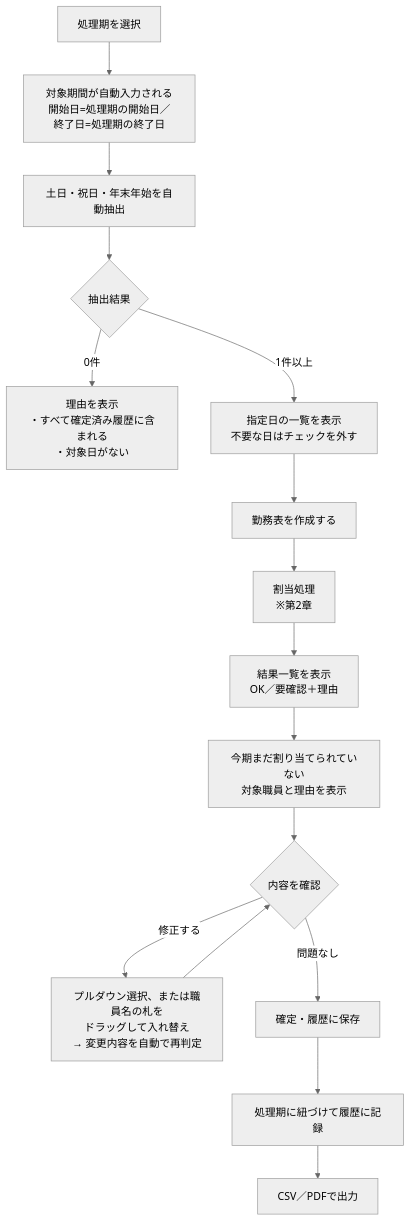
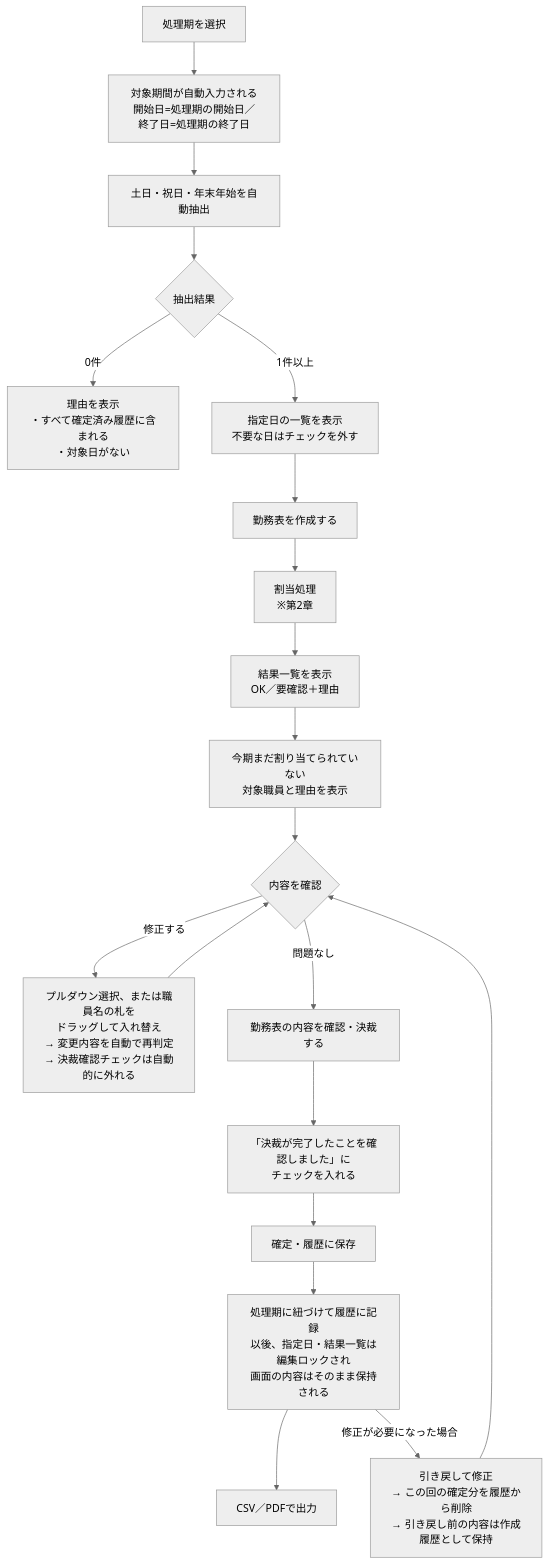
Before and after one commit to Yusei0003/2000: the first of 5 diagrams in docs/勤務表作成フロー.md, drawn with Mermaid (neutral theme). The commit also changed other lines of this file and 7 other files, not shown here.

````diff
--- a/docs/勤務表作成フロー.md
+++ b/docs/勤務表作成フロー.md
@@ -16,18 +16,22 @@
 ```mermaid
 flowchart TD
     A[処理期を選択] --> B[対象期間が自動入力される<br/>開始日=処理期の開始日／終了日=処理期の終了日]
     B --> C[土日・祝日・年末年始を自動抽出]
     C --> D{抽出結果}
     D -->|0件| E[理由を表示<br/>・すべて確定済み履歴に含まれる<br/>・対象日がない]
     D -->|1件以上| F[指定日の一覧を表示<br/>不要な日はチェックを外す]
     F --> G[勤務表を作成する]
     G --> H[割当処理<br/>※第2章]
     H --> I[結果一覧を表示<br/>OK／要確認＋理由]
     I --> J[今期まだ割り当てられていない<br/>対象職員と理由を表示]
     J --> K{内容を確認}
-    K -->|修正する| L[プルダウン選択、または職員名の札を<br/>ドラッグして入れ替え<br/>→ 変更内容を自動で再判定]
+    K -->|修正する| L[プルダウン選択、または職員名の札を<br/>ドラッグして入れ替え<br/>→ 変更内容を自動で再判定<br/>→ 決裁確認チェックは自動的に外れる]
     L --> K
-    K -->|問題なし| M[確定・履歴に保存]
-    M --> N[処理期に紐づけて履歴に記録]
+    K -->|問題なし| P[勤務表の内容を確認・決裁する]
+    P --> Q[「決裁が完了したことを確認しました」に<br/>チェックを入れる]
+    Q --> M[確定・履歴に保存]
+    M --> N[処理期に紐づけて履歴に記録<br/>以後、指定日・結果一覧は編集ロックされ<br/>画面の内容はそのまま保持される]
     N --> O[CSV／PDFで出力]
+    N -->|修正が必要になった場合| R[引き戻して修正<br/>→ この回の確定分を履歴から削除<br/>→ 引き戻し前の内容は作成履歴として保持]
+    R --> K
 ```
````
